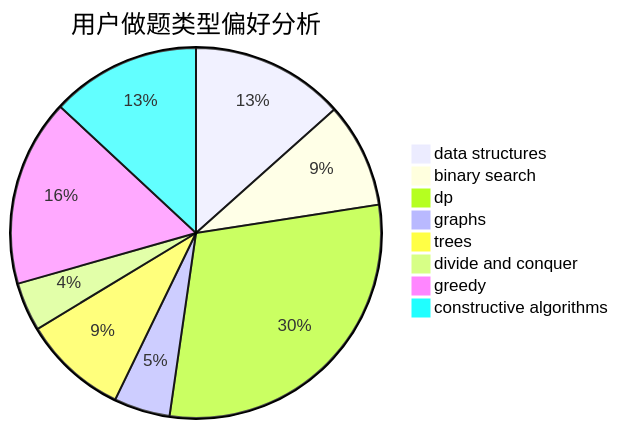
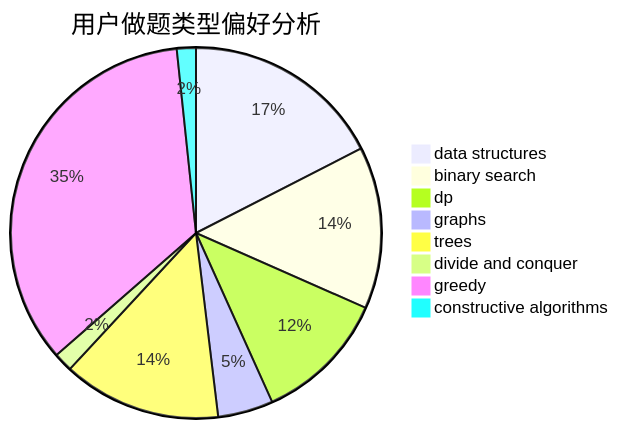
Before and after one commit to sherpahu/cfrs.github.io: the second of 3 diagrams in docs/user/u1560.md, drawn with Mermaid. The commit also changed other lines of this file and 2770 other files, not shown here.

````diff
--- a/docs/user/u1560.md
+++ b/docs/user/u1560.md
@@ -23,11 +23,11 @@
 ```mermaid
 pie title 用户做题类型偏好分析
-    "data structures" :  41
-    "binary search" :  28
-    "dp" :  91
-    "graphs" :  15
-    "trees" :  28
-    "divide and conquer" :  13
-    "greedy" :  50
-    "constructive algorithms" :  40
+    "data structures" :  105
+    "binary search" :  85
+    "dp" :  70
+    "graphs" :  29
+    "trees" :  83
+    "divide and conquer" :  10
+    "greedy" :  209
+    "constructive algorithms" :  10
 ```
````
